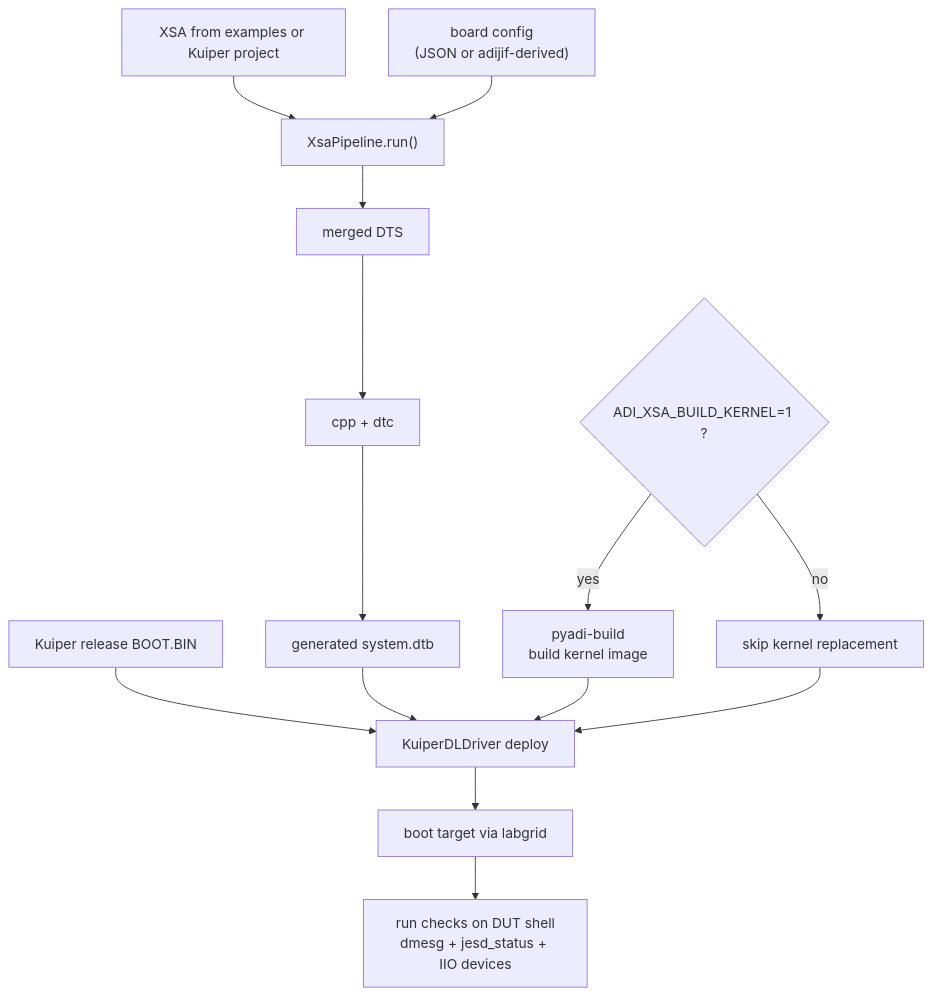
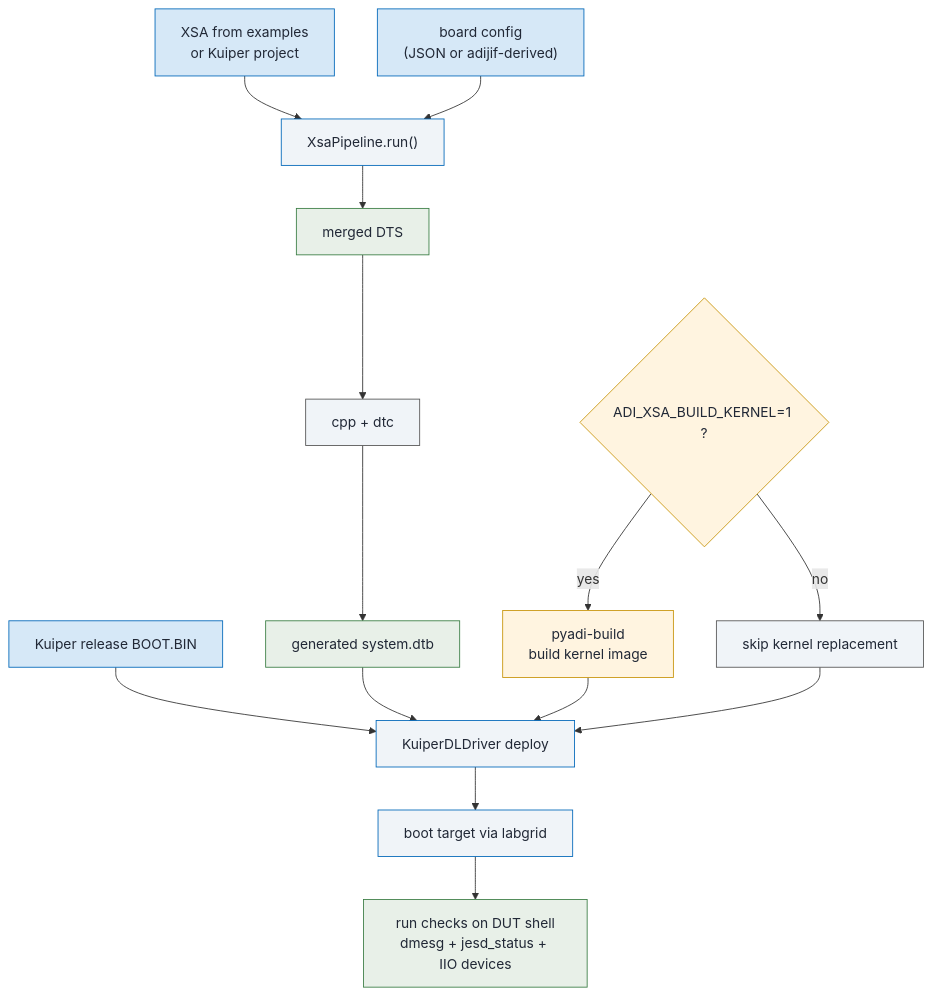
The second of 3 diagrams in doc/source/xsa.rst (analogdevicesinc/pyadi-dt), drawn with Mermaid before and after one commit. The commit also changed other lines of this file, not shown here.

First line of the commit message:
docs: apply ADI mermaid theme to XSA user guide diagrams

```diff
--- a/doc/source/xsa.rst
+++ b/doc/source/xsa.rst
@@ -57,16 +72,30 @@
 .. mermaid::
 
    flowchart TD
        KREL["Kuiper release BOOT.BIN"] --> DEPLOY["KuiperDLDriver deploy"]
-       XSA2["XSA from examples or Kuiper project"] --> PIPE["XsaPipeline.run()"]
+       XSA2["XSA from examples<br/>or Kuiper project"] --> PIPE["XsaPipeline.run()"]
        CFG2["board config<br/>(JSON or adijif-derived)"] --> PIPE
        PIPE --> MDTS["merged DTS"]
        MDTS --> COMPILE["cpp + dtc"]
        COMPILE --> MDTB["generated system.dtb"]
        PYB{"ADI_XSA_BUILD_KERNEL=1 ?"} -->|yes| PBUILD["pyadi-build<br/>build kernel image"]
        PYB -->|no| SKIP["skip kernel replacement"]
        PBUILD --> DEPLOY
        MDTB --> DEPLOY
        SKIP --> DEPLOY
        DEPLOY --> BOOT["boot target via labgrid"]
        BOOT --> CHECK["run checks on DUT shell<br/>dmesg + jesd_status + IIO devices"]
+
+       style XSA2 fill:#d6e8f7,stroke:#0067b9,color:#212836
+       style CFG2 fill:#d6e8f7,stroke:#0067b9,color:#212836
+       style KREL fill:#d6e8f7,stroke:#0067b9,color:#212836
+       style PIPE fill:#f0f4f8,stroke:#0067b9,color:#212836
+       style MDTS fill:#e8f0e8,stroke:#3a7d44,color:#212836
+       style COMPILE fill:#f0f4f8,stroke:#555,color:#212836
+       style MDTB fill:#e8f0e8,stroke:#3a7d44,color:#212836
+       style PYB fill:#fff4e0,stroke:#c8940a,color:#212836
+       style PBUILD fill:#fff4e0,stroke:#c8940a,color:#212836
+       style SKIP fill:#f0f4f8,stroke:#555,color:#212836
+       style DEPLOY fill:#f0f4f8,stroke:#0067b9,color:#212836
+       style BOOT fill:#f0f4f8,stroke:#0067b9,color:#212836
+       style CHECK fill:#e8f0e8,stroke:#3a7d44,color:#212836
```
